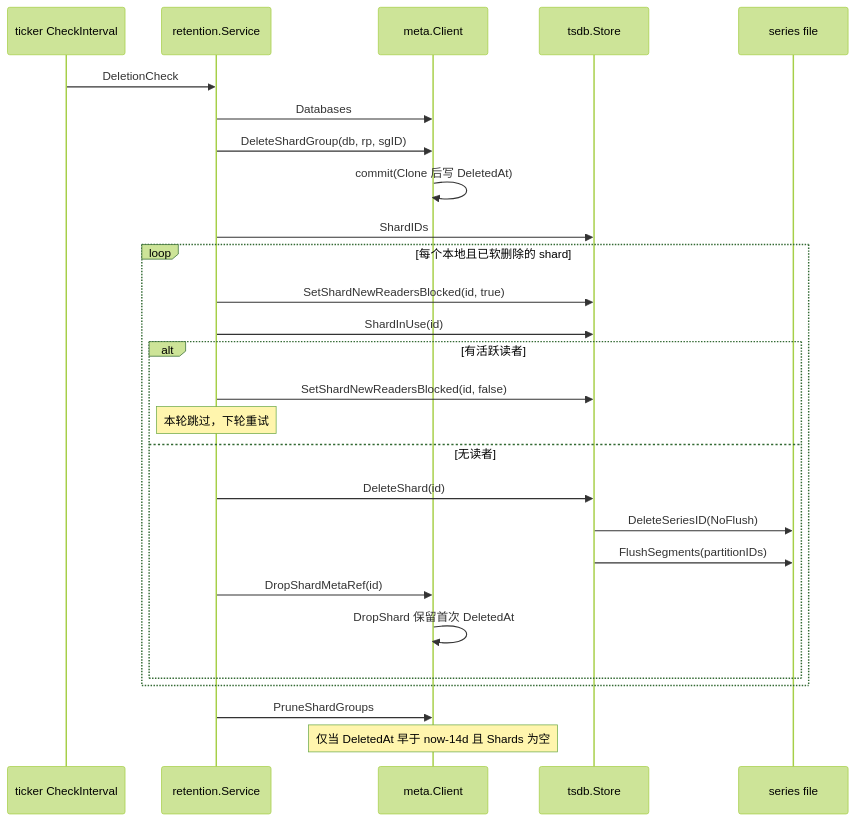
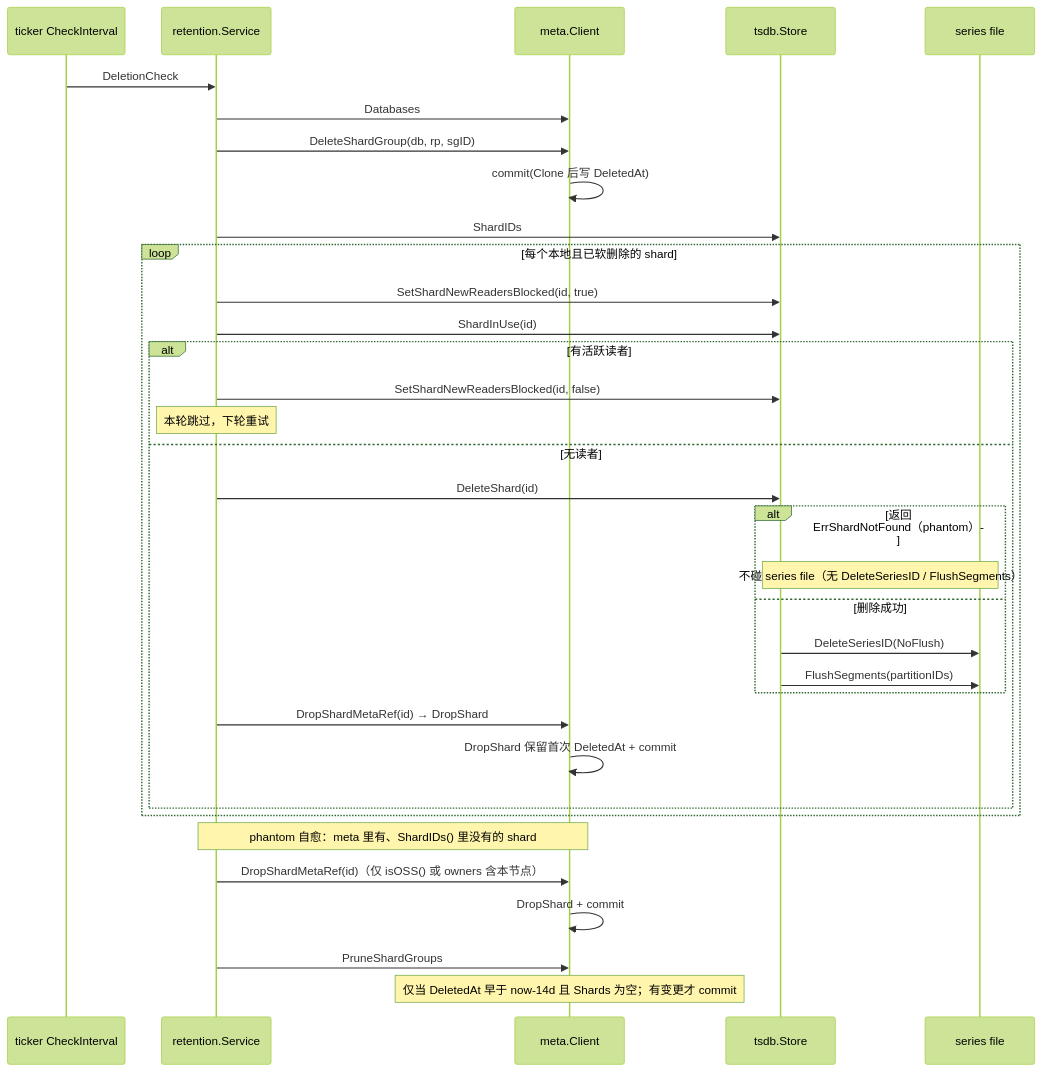
One commit to stefanv5/influxdb changed the second of 2 diagrams in docs/specs/v1.8.10-vs-v1.12.3/05_meta_background_diff.md. Above: the diagram before and after it, drawn with Mermaid (forest theme). The commit also changed other lines of this file and 7 other files, not shown here.

First line of the commit message:
docs: fix code snippets and flows in the version-diff study

````diff
--- a/docs/specs/v1.8.10-vs-v1.12.3/05_meta_background_diff.md
+++ b/docs/specs/v1.8.10-vs-v1.12.3/05_meta_background_diff.md
@@ -89,29 +94,36 @@
 ```mermaid
 sequenceDiagram
     participant T as ticker CheckInterval
     participant R as retention.Service
     participant M as meta.Client
     participant S as tsdb.Store
     participant F as series file
     T->>R: DeletionCheck
     R->>M: Databases
     R->>M: DeleteShardGroup(db, rp, sgID)
     M->>M: commit(Clone 后写 DeletedAt)
     R->>S: ShardIDs
     loop 每个本地且已软删除的 shard
         R->>S: SetShardNewReadersBlocked(id, true)
         R->>S: ShardInUse(id)
         alt 有活跃读者
             R->>S: SetShardNewReadersBlocked(id, false)
             Note over R: 本轮跳过，下轮重试
         else 无读者
             R->>S: DeleteShard(id)
-            S->>F: DeleteSeriesID(NoFlush)
-            S->>F: FlushSegments(partitionIDs)
-            R->>M: DropShardMetaRef(id)
-            M->>M: DropShard 保留首次 DeletedAt
+            alt 返回 ErrShardNotFound（phantom）
+                Note over S,F: 不碰 series file（无 DeleteSeriesID / FlushSegments）
+            else 删除成功
+                S->>F: DeleteSeriesID(NoFlush)
+                S->>F: FlushSegments(partitionIDs)
+            end
+            R->>M: DropShardMetaRef(id) → DropShard
+            M->>M: DropShard 保留首次 DeletedAt + commit
         end
     end
+    Note over R,M: phantom 自愈：meta 里有、ShardIDs() 里没有的 shard
+    R->>M: DropShardMetaRef(id)（仅 isOSS() 或 owners 含本节点）
+    M->>M: DropShard + commit
     R->>M: PruneShardGroups
-    Note over M: 仅当 DeletedAt 早于 now-14d 且 Shards 为空
+    Note over M: 仅当 DeletedAt 早于 now-14d 且 Shards 为空；有变更才 commit
 ```
````
